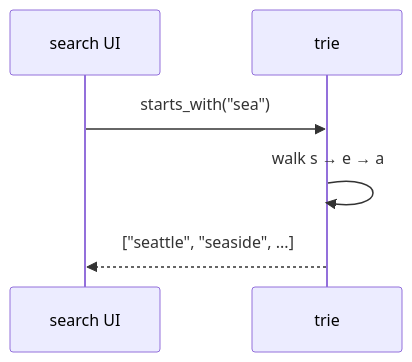
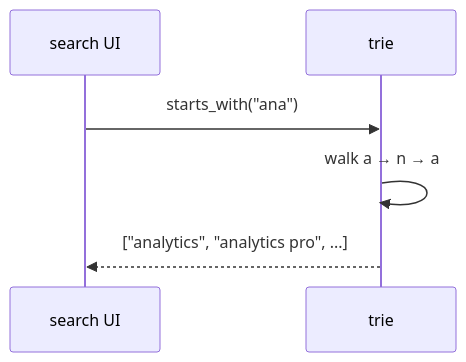
One commit to qgjones9/python-programming-guide changed the second of 8 diagrams in docs/dsa/data-structures/tries/index.md. Above: the diagram before and after it, drawn with Mermaid. The commit also changed other lines of this file and 19 other files, not shown here.

````diff
--- a/docs/dsa/data-structures/tries/index.md
+++ b/docs/dsa/data-structures/tries/index.md
@@ -88,8 +92,8 @@
 ```mermaid
 sequenceDiagram
   participant UI as search UI
   participant T as trie
-  UI->>T: starts_with("sea")
-  T->>T: walk s → e → a
-  T-->>UI: ["seattle", "seaside", ...]
+  UI->>T: starts_with("ana")
+  T->>T: walk a → n → a
+  T-->>UI: ["analytics", "analytics pro", ...]
 ```
````
